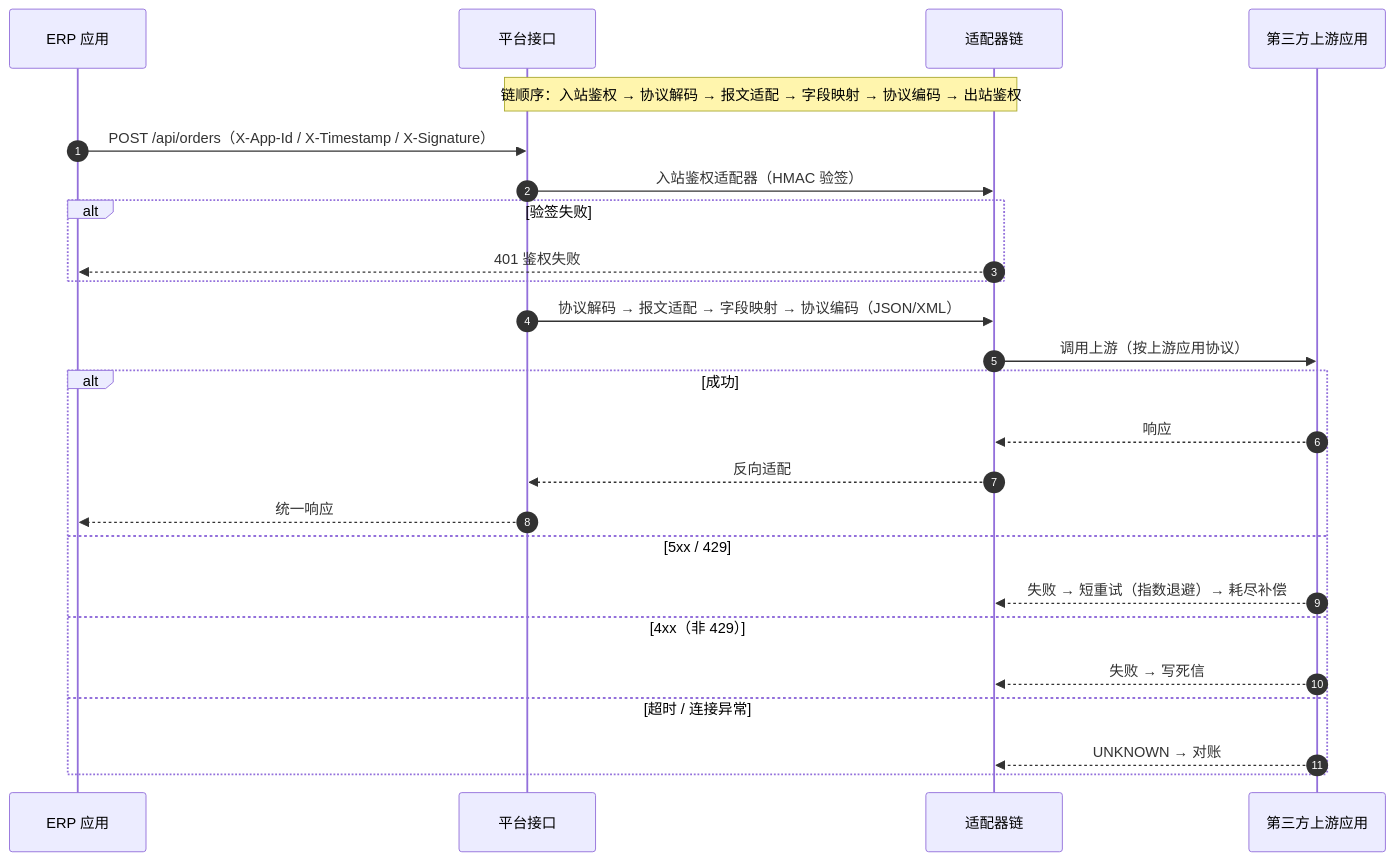
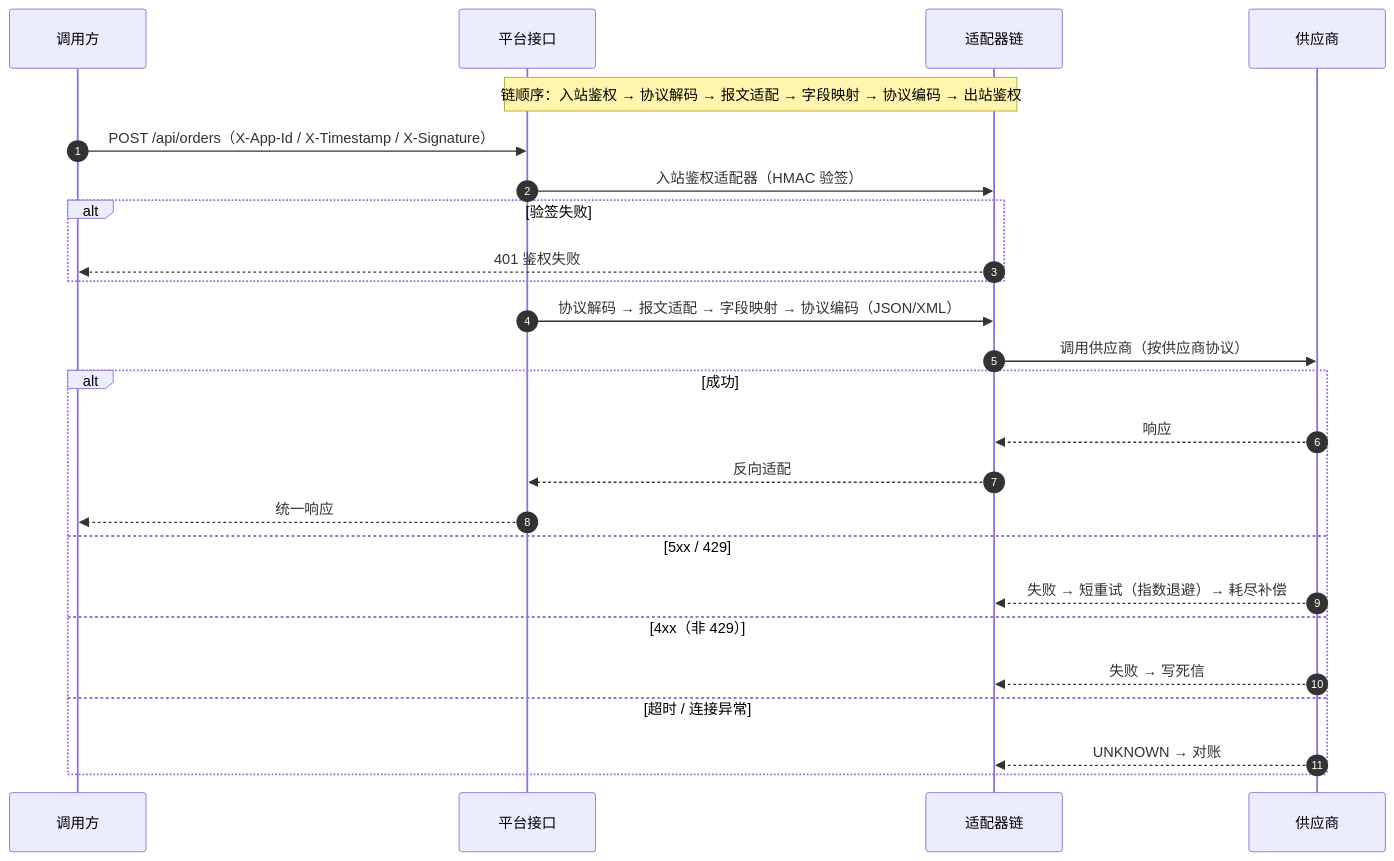
One commit to HelloWorldKing1/apicenter changed the second of 4 diagrams in src/main/resources/doc/API中心时序图与流程图.md. Above: the diagram before and after it, drawn with Mermaid. The commit also changed other lines of this file and 2 other files, not shown here.

First line of the commit message:
feat(app): 更新API中心原型支持云厂商集成

````diff
--- a/src/main/resources/doc/API中心时序图与流程图.md
+++ b/src/main/resources/doc/API中心时序图与流程图.md
@@ -34,28 +34,28 @@
 ```mermaid
 sequenceDiagram
     autonumber
-    participant ERP as ERP 应用
+    participant 调用方 as 调用方
     participant GW as 平台接口
     participant 链 as 适配器链
-    participant UP as 第三方上游应用
+    participant SP as 供应商
 
     Note over GW,链: 链顺序：入站鉴权 → 协议解码 → 报文适配 → 字段映射 → 协议编码 → 出站鉴权
-    ERP->>GW: POST /api/orders（X-App-Id / X-Timestamp / X-Signature）
+    调用方->>GW: POST /api/orders（X-App-Id / X-Timestamp / X-Signature）
     GW->>链: 入站鉴权适配器（HMAC 验签）
     alt 验签失败
-        链-->>ERP: 401 鉴权失败
+        链-->>调用方: 401 鉴权失败
     end
     GW->>链: 协议解码 → 报文适配 → 字段映射 → 协议编码（JSON/XML）
-    链->>UP: 调用上游（按上游应用协议）
+    链->>SP: 调用供应商（按供应商协议）
     alt 成功
-        UP-->>链: 响应
+        SP-->>链: 响应
         链-->>GW: 反向适配
-        GW-->>ERP: 统一响应
+        GW-->>调用方: 统一响应
     else 5xx / 429
-        UP-->>链: 失败 → 短重试（指数退避）→ 耗尽补偿
+        SP-->>链: 失败 → 短重试（指数退避）→ 耗尽补偿
     else 4xx（非 429）
-        UP-->>链: 失败 → 写死信
+        SP-->>链: 失败 → 写死信
     else 超时 / 连接异常
-        UP-->>链: UNKNOWN → 对账
+        SP-->>链: UNKNOWN → 对账
     end
 ```
````
